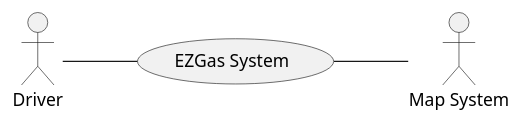
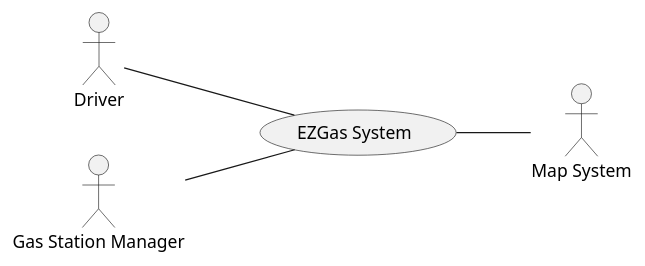
Before and after one commit to alericciuto/SELabs: the diagram in context_diagram.puml, drawn with PlantUML.

```diff
--- a/context_diagram.puml
+++ b/context_diagram.puml
@@ -1,7 +1,9 @@
 @startuml
   left to right direction
   actor Driver as a
+  actor "Gas Station Manager" as gsm
   actor "Map System" as ms
   a -- ( EZGas System )
+  gsm -- ( EZGas System )
   ( EZGas System ) -- ms
 @enduml
```
